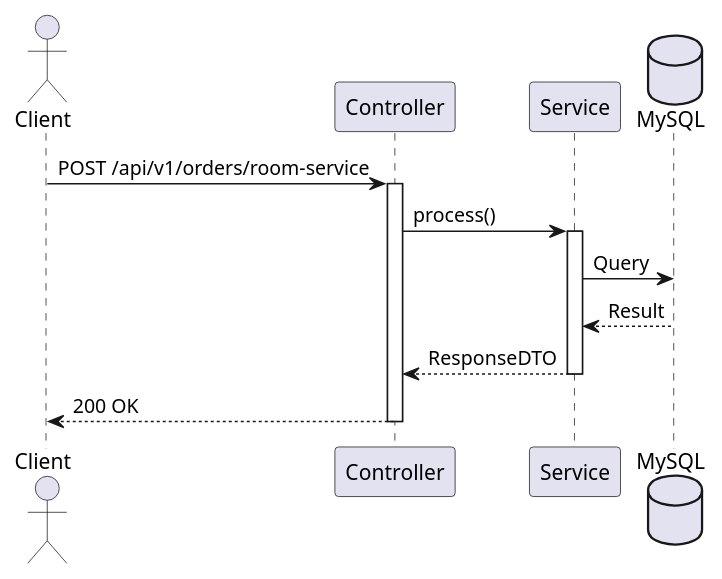
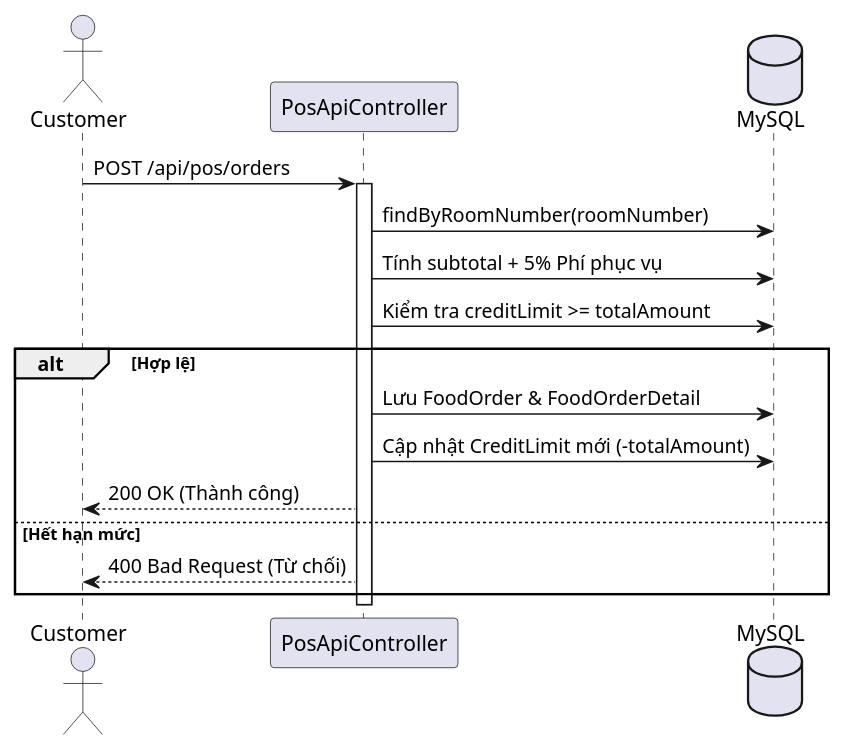
The second of 2 diagrams in 06-Testing/mod3_pos/uc14/EDS_uc14_SPEC.md (Luuxinhxinh/hoanien-resort), drawn with PlantUML before and after one commit. The commit also changed other lines of this file and 21 other files, not shown here.

Commit message:
Feature/module3 update order food and dine in

````diff
--- a/06-Testing/mod3_pos/uc14/EDS_uc14_SPEC.md
+++ b/06-Testing/mod3_pos/uc14/EDS_uc14_SPEC.md
@@ -126,19 +147,21 @@
 ```plantuml
 @startuml
-actor "Client" as C
-participant "Controller" as Ctrl
-participant "Service" as Svc
+actor "Customer" as C
+participant "PosApiController" as Ctrl
 database MySQL as DB
 
-C -> Ctrl: POST /api/v1/orders/room-service
+C -> Ctrl: POST /api/pos/orders
 activate Ctrl
-Ctrl -> Svc: process()
-activate Svc
-Svc -> DB: Query
-DB --> Svc: Result
-Svc --> Ctrl: ResponseDTO
-deactivate Svc
-Ctrl --> C: 200 OK
+Ctrl -> DB: findByRoomNumber(roomNumber)
+Ctrl -> DB: Tính subtotal + 5% Phí phục vụ
+Ctrl -> DB: Kiểm tra creditLimit >= totalAmount
+alt Hợp lệ
+    Ctrl -> DB: Lưu FoodOrder & FoodOrderDetail
+    Ctrl -> DB: Cập nhật CreditLimit mới (-totalAmount)
+    Ctrl --> C: 200 OK (Thành công)
+else Hết hạn mức
+    Ctrl --> C: 400 Bad Request (Từ chối)
+end
 deactivate Ctrl
 @enduml
 ```
````
